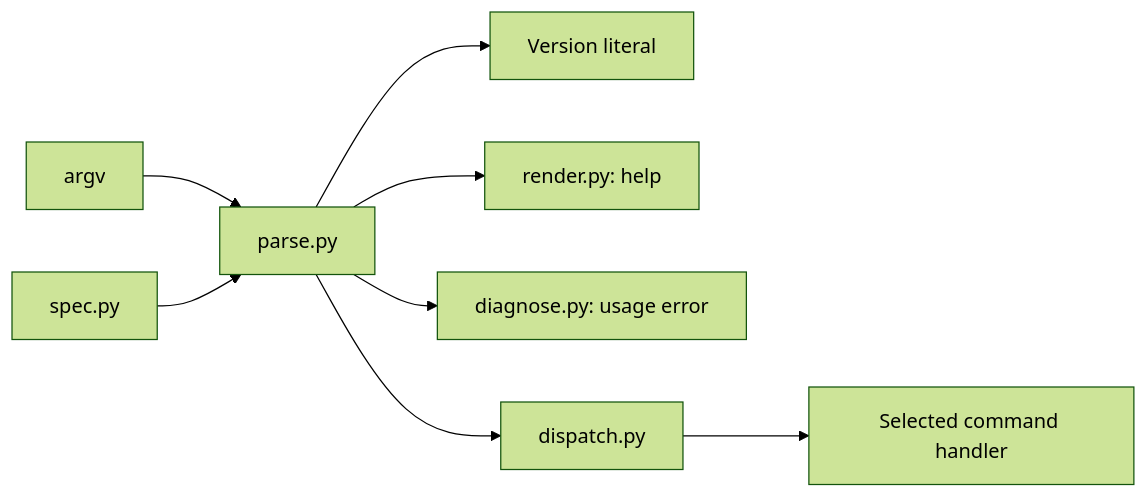
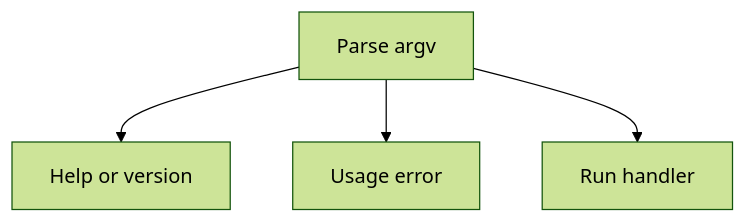
One commit to notatallshaw/nab changed the diagram in src/nab/_cli/README.md. Above: the diagram before and after it, drawn with Mermaid (forest theme). The commit also changed other lines of this file and 11 other files, not shown here.

````diff
--- a/src/nab/_cli/README.md
+++ b/src/nab/_cli/README.md
@@ -6,10 +6,6 @@
 ```mermaid
-flowchart LR
-    argv --> parse[parse.py]
-    spec[spec.py] --> parse
-    parse --> version[Version literal]
-    parse --> help[render.py: help]
-    parse --> error[diagnose.py: usage error]
-    parse --> dispatch[dispatch.py]
-    dispatch --> command[Selected command handler]
+flowchart TD
+    parse[Parse argv] --> page[Help or version]
+    parse --> error[Usage error]
+    parse --> command[Run handler]
 ```
````
